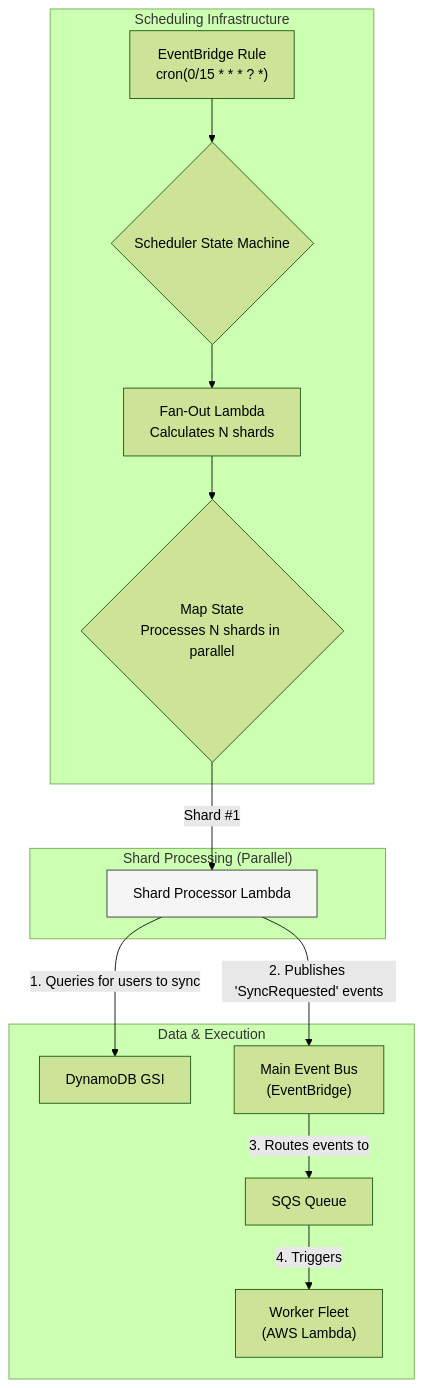
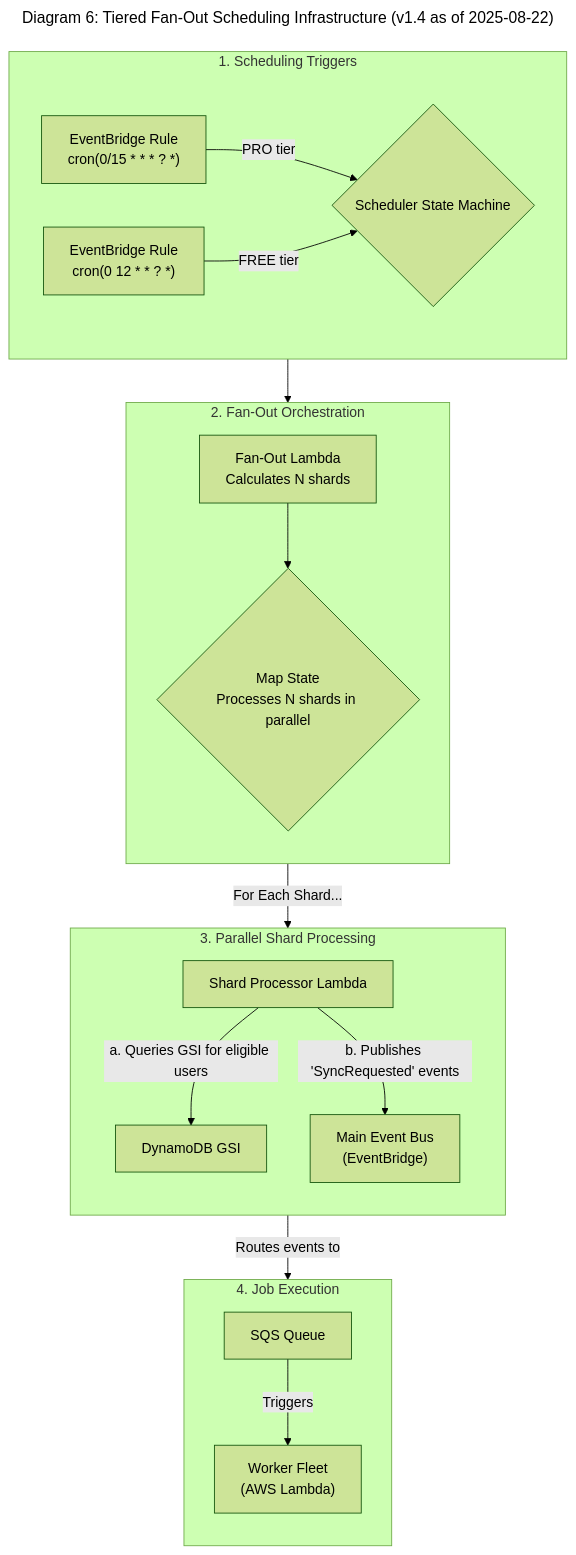
One commit to dino10bit/healthsync changed the tenth of 12 diagrams in docs/architecture/06-technical-architecture.md. Above: the diagram before and after it, drawn with Mermaid (forest theme). The commit also changed other lines of this file, not shown here.

Commit message:
Improve clarity and accuracy of architecture diagrams

````diff
--- a/docs/architecture/06-technical-architecture.md
+++ b/docs/architecture/06-technical-architecture.md
@@ -1297,25 +1295,30 @@
 ```mermaid
-graph TD
-    subgraph "Scheduling Infrastructure"
-        A["EventBridge Rule<br>cron(0/15 * * * ? *)"] --> B{"Scheduler State Machine"};
+---
+title: "Diagram 6: Tiered Fan-Out Scheduling Infrastructure (v1.4 as of 2025-08-22)"
+---
+graph TB
+    subgraph "1. Scheduling Triggers"
+        direction LR
+        A["EventBridge Rule<br>cron(0/15 * * * ? *)"] -- "PRO tier" --> B{"Scheduler State Machine"};
+        A2["EventBridge Rule<br>cron(0 12 * * ? *)"] -- "FREE tier" --> B;
+    end
+
+    subgraph "2. Fan-Out Orchestration"
+        direction TB
         B --> C[Fan-Out Lambda<br>Calculates N shards];
         C --> D{Map State<br>Processes N shards in parallel};
     end
 
-    subgraph "Shard Processing (Parallel)"
-        style E1 fill:#f5f5f5,stroke:#333
-        D -- "Shard #1" --> E1[Shard Processor Lambda];
+    subgraph "3. Parallel Shard Processing"
+        direction TB
+        D -- "For Each Shard..." --> E1[Shard Processor Lambda];
+        E1 -- "a. Queries GSI for eligible users" --> DynamoDB[DynamoDB GSI];
+        E1 -- "b. Publishes 'SyncRequested' events" --> F["Main Event Bus<br>(EventBridge)"];
     end
 
-    subgraph "Data & Execution"
-        DynamoDB[DynamoDB GSI]
-        F["Main Event Bus<br>(EventBridge)"];
-        G[SQS Queue];
-        H["Worker Fleet<br>(AWS Lambda)"];
+    subgraph "4. Job Execution"
+        direction TB
+        F -- "Routes events to" --> G[SQS Queue];
+        G -- "Triggers" --> H["Worker Fleet<br>(AWS Lambda)"];
     end
-
-    E1 -- "1. Queries for users to sync" --> DynamoDB;
-    E1 -- "2. Publishes 'SyncRequested' events" --> F;
-    F -- "3. Routes events to" --> G;
-    G -- "4. Triggers" --> H;
 ```
````
